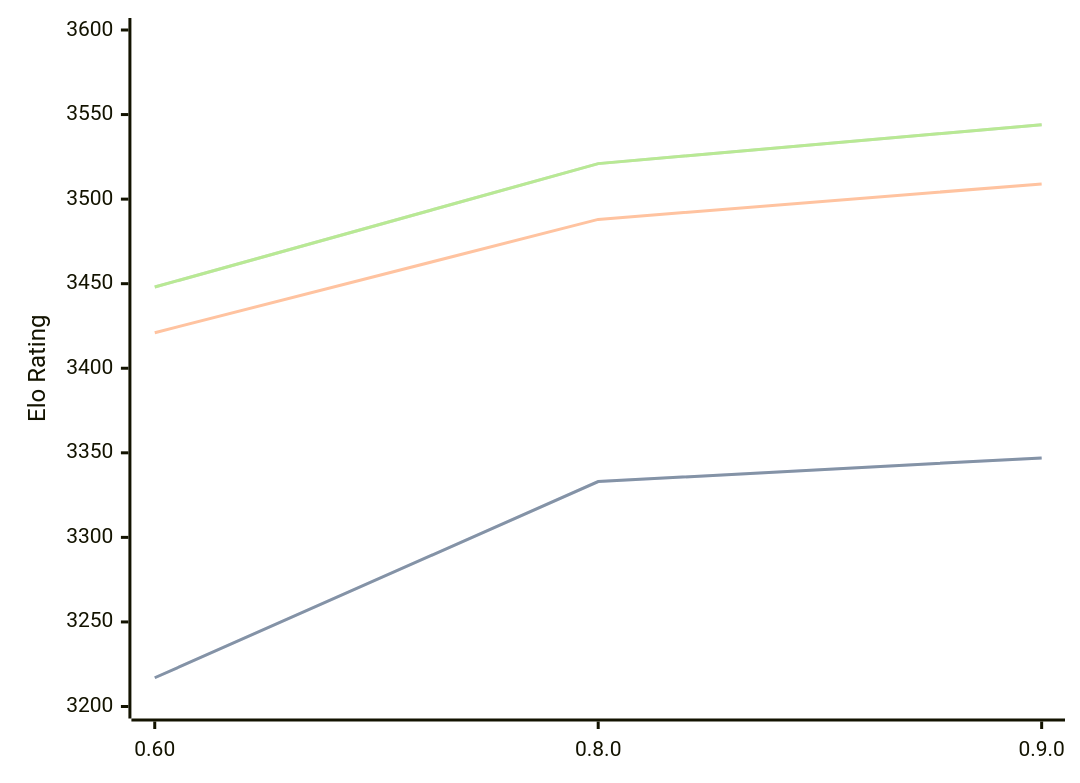
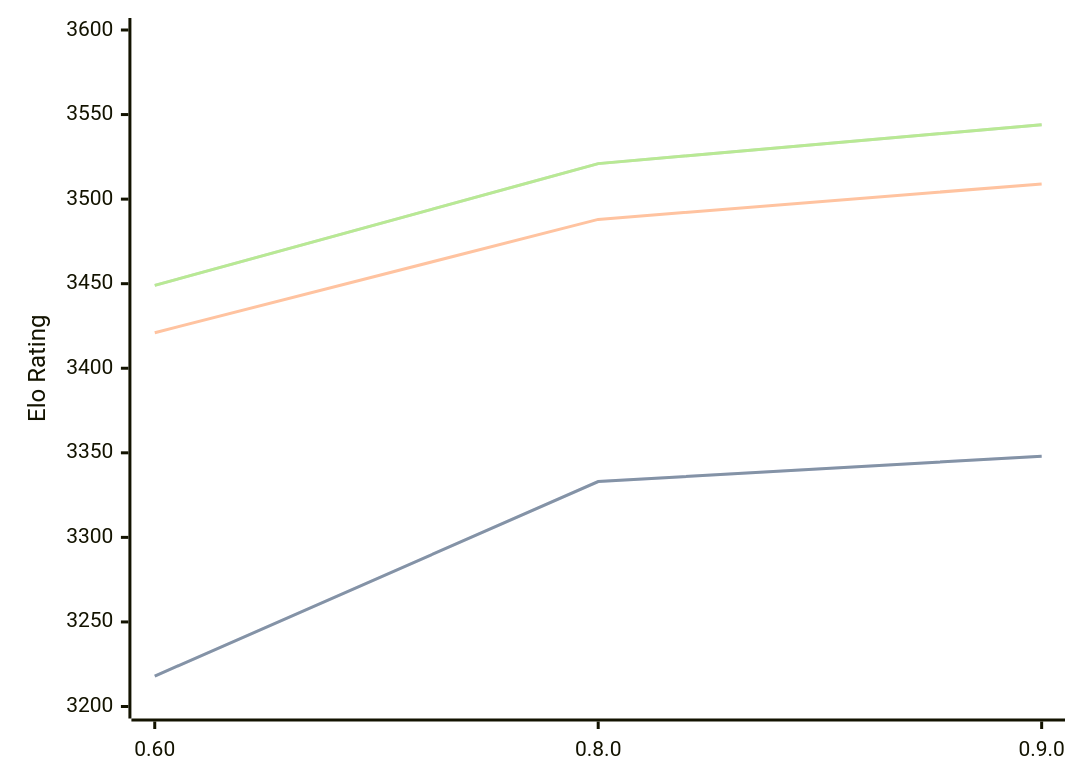
One commit to computer-chess-index/cci changed the diagram in engines/Motor.md. Above: the diagram before and after it, drawn with Mermaid. The commit also changed other lines of this file, not shown here.

Commit message:
Update CCI Ratings (ELO VLTC) - 2026-10-08

````diff
--- a/engines/Motor.md
+++ b/engines/Motor.md
@@ -33,11 +33,11 @@
 ```mermaid
 %%{init: {"theme":"base","themeVariables":{"seriesColors:['#a3a3a3','#222221','#faa371']}}}%%
 xychart-beta
   x-axis ["0.60", "0.8.0", "0.9.0"]
   y-axis "Elo Rating" 3200 --> 3600
-  line "" [3217, 3333, 3347]
-  line "STC (8.0+0.08s)" [3217, 3333, 3347]
+  line "" [3218, 3333, 3348]
+  line "STC (8.0+0.08s)" [3218, 3333, 3348]
   line "LTC (60.0+0.60s)" [3421, 3488, 3509]
-  line "" [3448, 3521, 3544]
-  line "VLTC (2m24s+1.12s)" [3448, 3521, 3544]
+  line "" [3449, 3521, 3544]
+  line "VLTC (2m24s+1.12s)" [3449, 3521, 3544]
 ```
````
